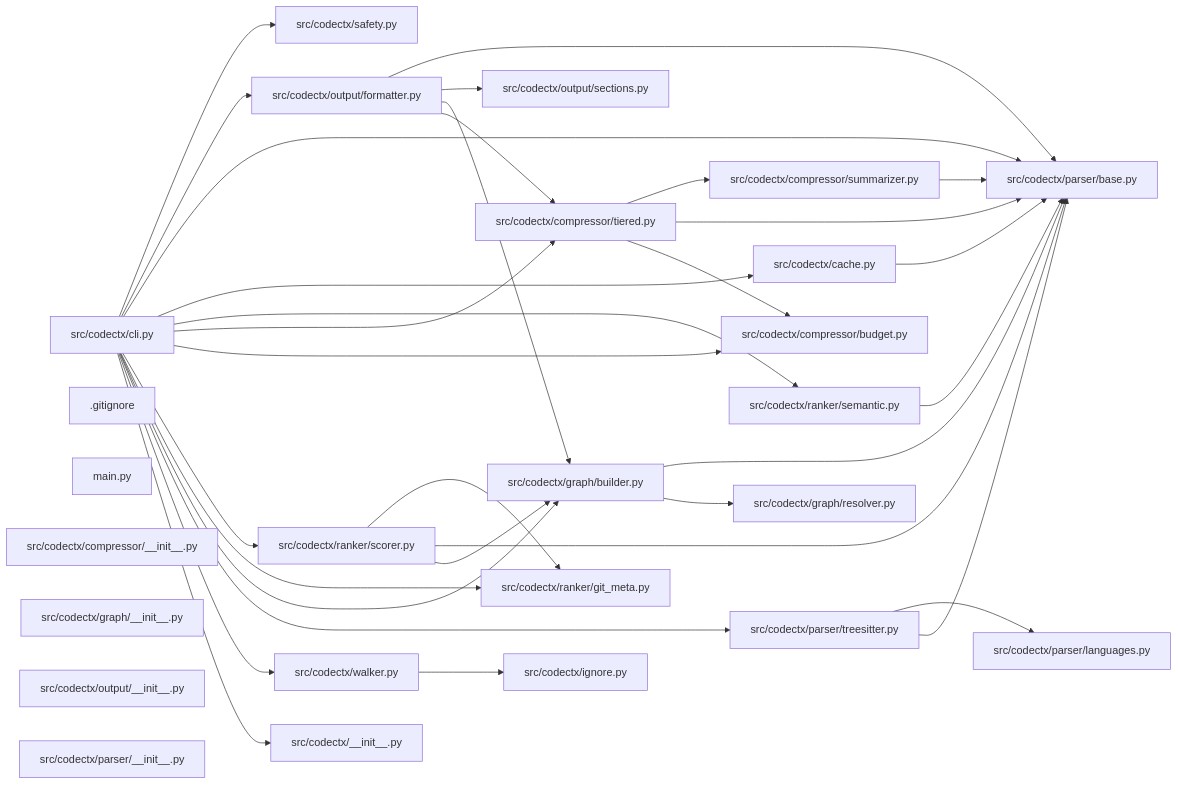
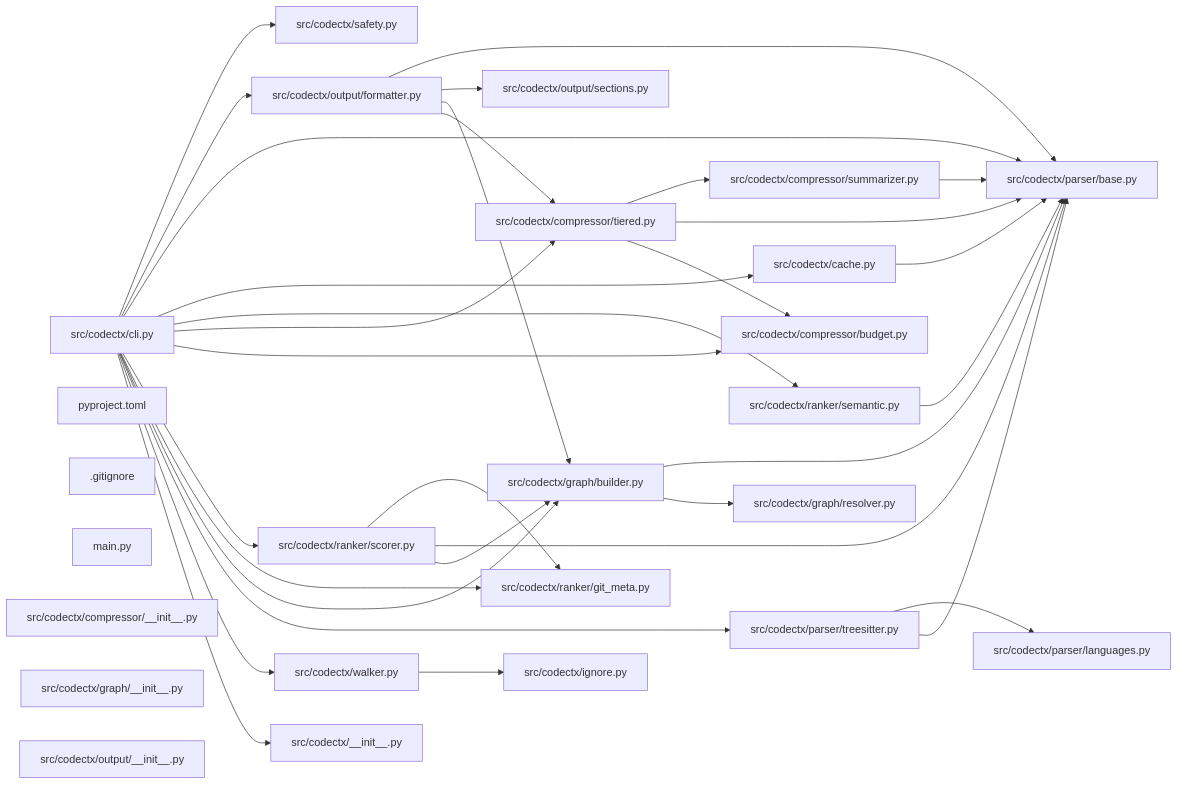
Before and after one commit to hey-granth/codectx: the diagram in CONTEXT.md, drawn with Mermaid. The commit also changed other lines of this file and 12 other files, not shown here.

````diff
--- a/CONTEXT.md
+++ b/CONTEXT.md
@@ -880,59 +878,59 @@
 ```mermaid
 graph LR
     f0["src/codectx/cli.py"]
     f1["src/codectx/output/formatter.py"]
     f2["src/codectx/graph/builder.py"]
-    f3["src/codectx/parser/base.py"]
-    f4["src/codectx/ranker/scorer.py"]
+    f3["src/codectx/ranker/scorer.py"]
+    f4["src/codectx/parser/base.py"]
     f5["src/codectx/ranker/git_meta.py"]
-    f6["src/codectx/ranker/semantic.py"]
+    f6["src/codectx/walker.py"]
     f7["src/codectx/compressor/tiered.py"]
-    f8["src/codectx/walker.py"]
+    f8["src/codectx/ranker/semantic.py"]
     f9["src/codectx/parser/treesitter.py"]
-    f10["src/codectx/cache.py"]
-    f11["src/codectx/graph/resolver.py"]
-    f12["src/codectx/output/sections.py"]
-    f13["src/codectx/compressor/budget.py"]
-    f14[".gitignore"]
-    f15["src/codectx/parser/languages.py"]
-    f16["src/codectx/compressor/summarizer.py"]
-    f17["src/codectx/__init__.py"]
+    f10["pyproject.toml"]
+    f11["src/codectx/cache.py"]
+    f12["src/codectx/graph/resolver.py"]
+    f13["src/codectx/output/sections.py"]
+    f14["src/codectx/compressor/budget.py"]
+    f15[".gitignore"]
+    f16["src/codectx/parser/languages.py"]
+    f17["src/codectx/compressor/summarizer.py"]
     f18["main.py"]
     f19["src/codectx/ignore.py"]
-    f20["src/codectx/safety.py"]
-    f21["src/codectx/compressor/__init__.py"]
-    f22["src/codectx/graph/__init__.py"]
-    f23["src/codectx/output/__init__.py"]
-    f24["src/codectx/parser/__init__.py"]
-    f0 --> f20
+    f20["src/codectx/__init__.py"]
+    f21["src/codectx/safety.py"]
+    f22["src/codectx/compressor/__init__.py"]
+    f23["src/codectx/graph/__init__.py"]
+    f24["src/codectx/output/__init__.py"]
+    f0 --> f21
     f0 --> f1
+    f0 --> f4
+    f0 --> f11
+    f0 --> f8
+    f0 --> f7
+    f0 --> f14
     f0 --> f3
-    f0 --> f10
-    f0 --> f6
-    f0 --> f7
-    f0 --> f13
-    f0 --> f4
     f0 --> f5
     f0 --> f2
     f0 --> f9
-    f0 --> f8
-    f0 --> f17
-    f1 --> f3
-    f1 --> f12
+    f0 --> f6
+    f0 --> f20
+    f1 --> f4
+    f1 --> f13
     f1 --> f2
     f1 --> f7
-    f2 --> f3
-    f2 --> f11
-    f4 --> f5
-    f4 --> f3
-    f4 --> f2
-    f6 --> f3
-    f7 --> f16
-    f7 --> f3
-    f7 --> f13
-    f8 --> f19
-    f9 --> f15
-    f9 --> f3
-    f10 --> f3
-    f16 --> f3
+    f2 --> f4
+    f2 --> f12
+    f3 --> f5
+    f3 --> f4
+    f3 --> f2
+    f6 --> f19
+    f7 --> f17
+    f7 --> f4
+    f7 --> f14
+    f8 --> f4
+    f9 --> f16
+    f9 --> f4
+    f11 --> f4
+    f17 --> f4
 ```
````
